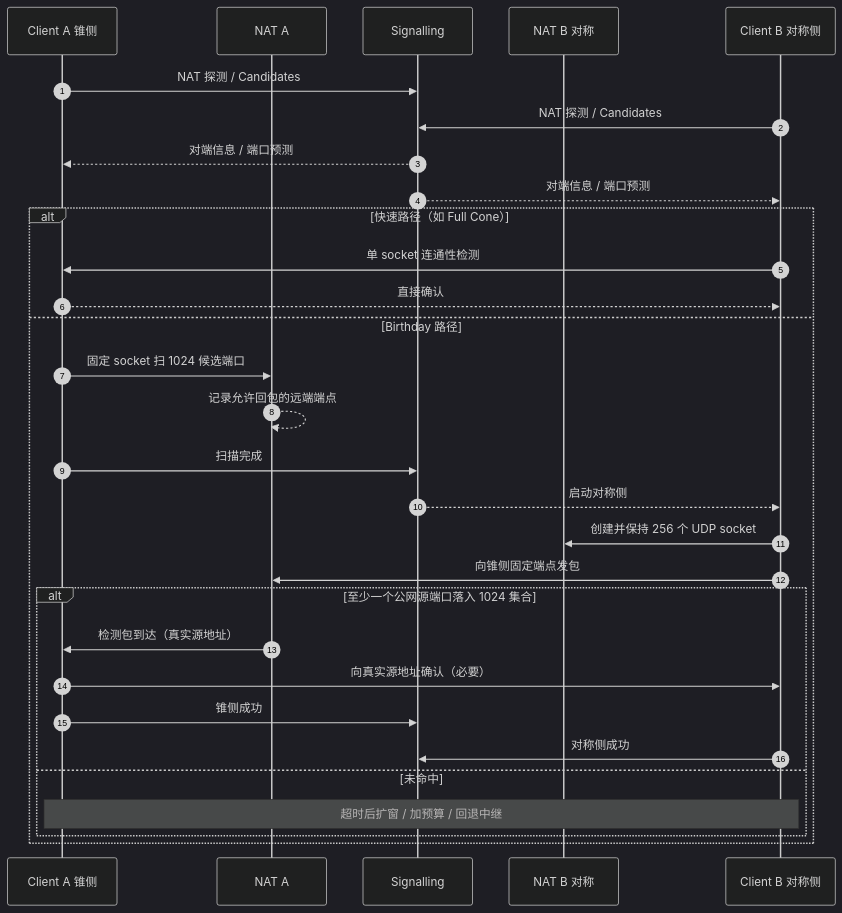
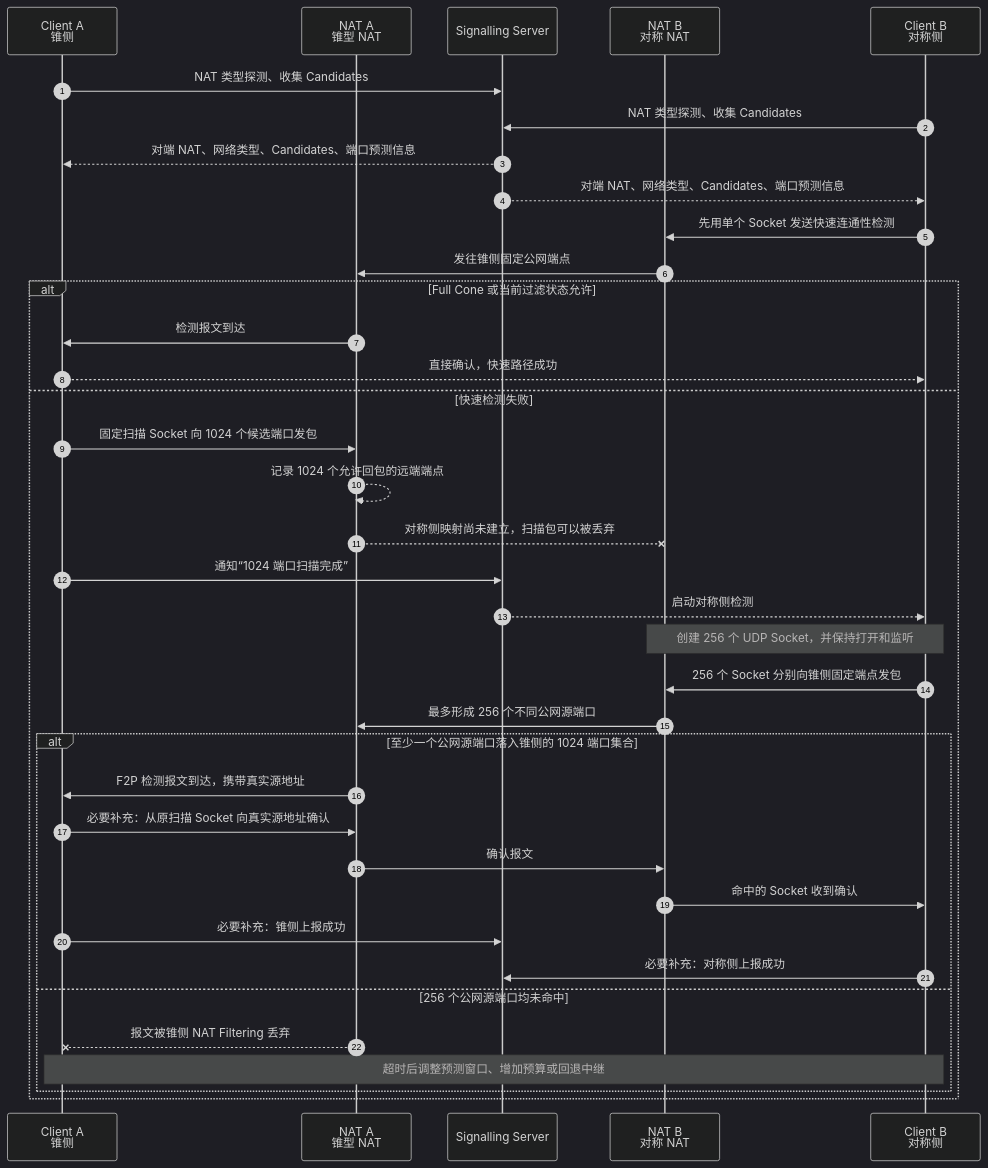
The diagram in docs/design/udp-nat-traversal-code-review.md (zyjiang08/coturn-4.13.0), drawn with Mermaid (dark theme) before and after one commit. The commit also changed other lines of this file, not shown here.

First line of the commit message:
docs: sync full UDP NAT traversal review into design/

````diff
--- a/docs/design/udp-nat-traversal-code-review.md
+++ b/docs/design/udp-nat-traversal-code-review.md
@@ -503,34 +807,43 @@
 ```mermaid
 sequenceDiagram
     autonumber
-    participant A as Client A 锥侧
-    participant NA as NAT A
-    participant S as Signalling
-    participant NB as NAT B 对称
-    participant B as Client B 对称侧
+    participant A as Client A<br/>锥侧
+    participant NA as NAT A<br/>锥型 NAT
+    participant S as Signalling Server
+    participant NB as NAT B<br/>对称 NAT
+    participant B as Client B<br/>对称侧
 
-    A->>S: NAT 探测 / Candidates
-    B->>S: NAT 探测 / Candidates
-    S-->>A: 对端信息 / 端口预测
-    S-->>B: 对端信息 / 端口预测
+    A->>S: NAT 类型探测、收集 Candidates
+    B->>S: NAT 类型探测、收集 Candidates
+    S-->>A: 对端 NAT、网络类型、Candidates、端口预测信息
+    S-->>B: 对端 NAT、网络类型、Candidates、端口预测信息
 
-    alt 快速路径（如 Full Cone）
-        B->>A: 单 socket 连通性检测
-        A-->>B: 直接确认
-    else Birthday 路径
-        A->>NA: 固定 socket 扫 1024 候选端口
-        NA-->>NA: 记录允许回包的远端端点
-        A->>S: 扫描完成
-        S-->>B: 启动对称侧
-        B->>NB: 创建并保持 256 个 UDP socket
-        B->>NA: 向锥侧固定端点发包
-        alt 至少一个公网源端口落入 1024 集合
-            NA->>A: 检测包到达（真实源地址）
-            A->>B: 向真实源地址确认（必要）
-            A->>S: 锥侧成功
-            B->>S: 对称侧成功
-        else 未命中
-            Note over A,B: 超时后扩窗 / 加预算 / 回退中继
+    B->>NB: 先用单个 Socket 发送快速连通性检测
+    NB->>NA: 发往锥侧固定公网端点
+    alt Full Cone 或当前过滤状态允许
+        NA->>A: 检测报文到达
+        A-->>B: 直接确认，快速路径成功
+    else 快速检测失败
+        A->>NA: 固定扫描 Socket 向 1024 个候选端口发包
+        NA-->>NA: 记录 1024 个允许回包的远端端点
+        NA--xNB: 对称侧映射尚未建立，扫描包可以被丢弃
+        A->>S: 通知“1024 端口扫描完成”
+        S-->>B: 启动对称侧检测
+
+        Note over B,NB: 创建 256 个 UDP Socket，并保持打开和监听
+        B->>NB: 256 个 Socket 分别向锥侧固定端点发包
+        NB->>NA: 最多形成 256 个不同公网源端口
+
+        alt 至少一个公网源端口落入锥侧的 1024 端口集合
+            NA->>A: F2P 检测报文到达，携带真实源地址
+            A->>NA: 必要补充：从原扫描 Socket 向真实源地址确认
+            NA->>NB: 确认报文
+            NB->>B: 命中的 Socket 收到确认
+            A->>S: 必要补充：锥侧上报成功
+            B->>S: 必要补充：对称侧上报成功
+        else 256 个公网源端口均未命中
+            NA--xA: 报文被锥侧 NAT Filtering 丢弃
+            Note over A,B: 超时后调整预测窗口、增加预算或回退中继
         end
     end
 ```
````
